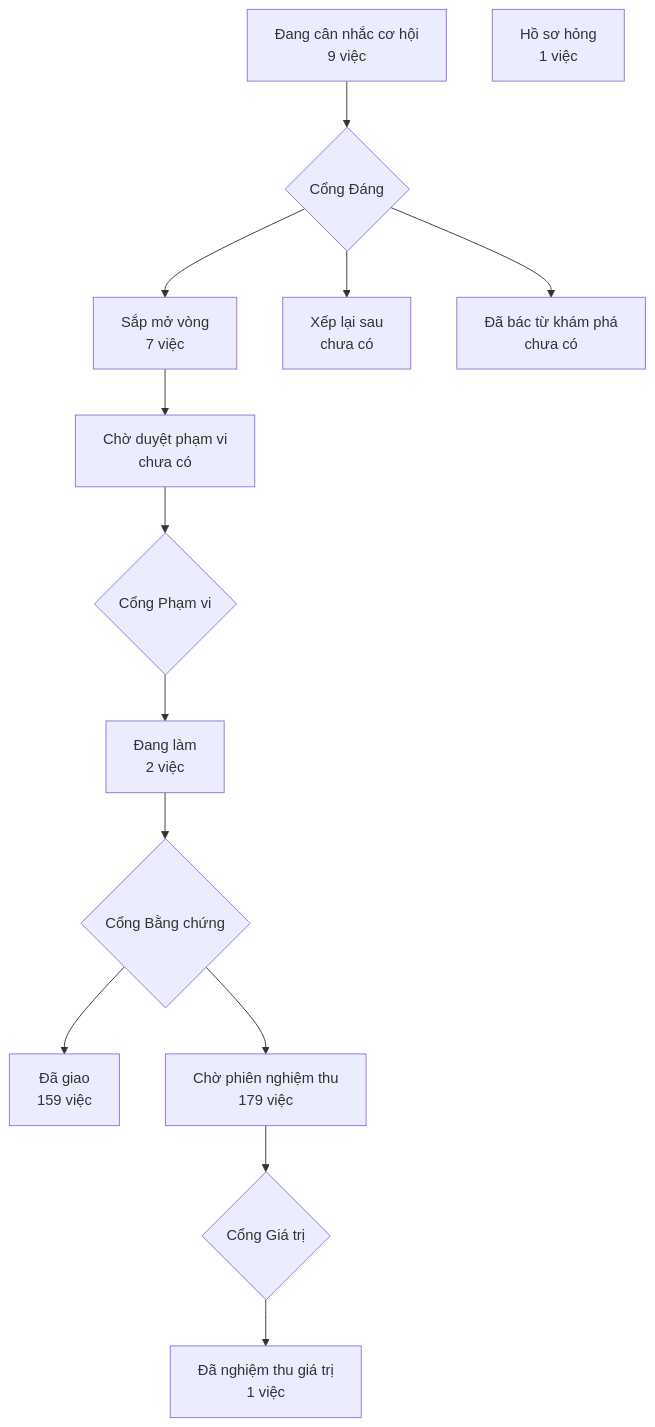
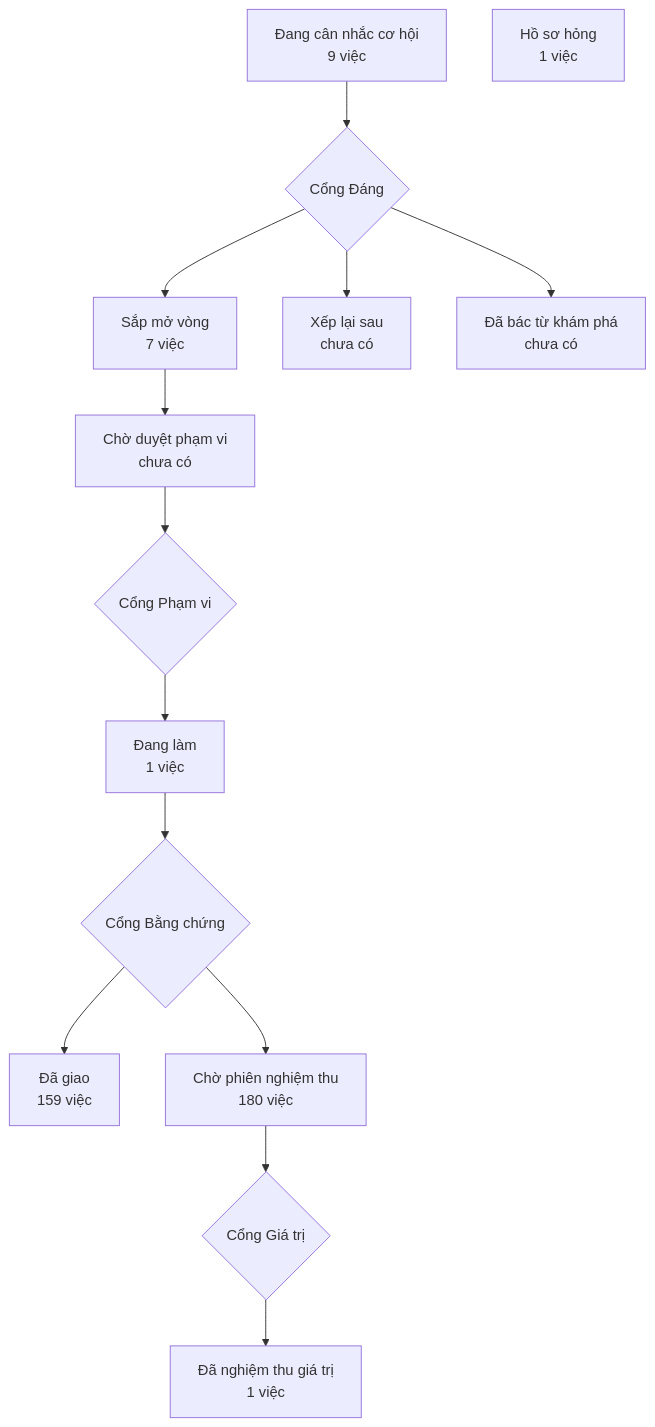
One commit to phanlemanh/crm-onehub changed the diagram in PRODUCT-MAP.md. Above: the diagram before and after it, drawn with Mermaid. The commit also changed 4 other files, not shown here.

````diff
--- a/PRODUCT-MAP.md
+++ b/PRODUCT-MAP.md
@@ -7,13 +7,13 @@
 ```mermaid
 flowchart TD
   A["Đang cân nhắc cơ hội<br/>9 việc"] --> GD{"Cổng Đáng"}
   GD --> B["Sắp mở vòng<br/>7 việc"]
   GD --> XL["Xếp lại sau<br/>chưa có"]
   GD --> DB["Đã bác từ khám phá<br/>chưa có"]
   B --> CD["Chờ duyệt phạm vi<br/>chưa có"] --> GP{"Cổng Phạm vi"}
-  GP --> DL["Đang làm<br/>2 việc"] --> GB{"Cổng Bằng chứng"}
+  GP --> DL["Đang làm<br/>1 việc"] --> GB{"Cổng Bằng chứng"}
   GB --> DG["Đã giao<br/>159 việc"]
-  GB --> CN["Chờ phiên nghiệm thu<br/>179 việc"] --> GG{"Cổng Giá trị"}
+  GB --> CN["Chờ phiên nghiệm thu<br/>180 việc"] --> GG{"Cổng Giá trị"}
   GG --> NT["Đã nghiệm thu giá trị<br/>1 việc"]
   HS["Hồ sơ hỏng<br/>1 việc"]
 ```
````
